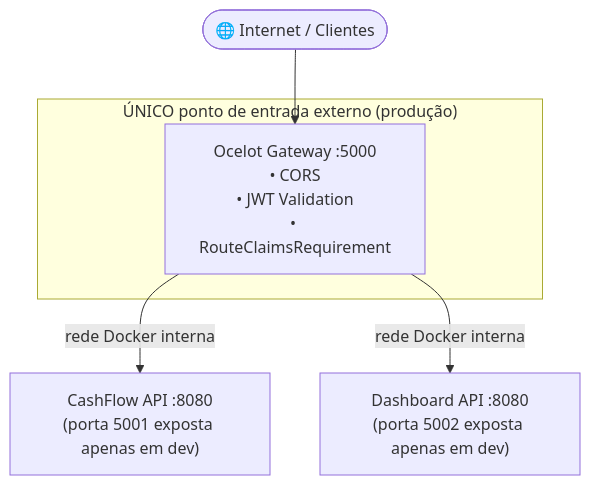
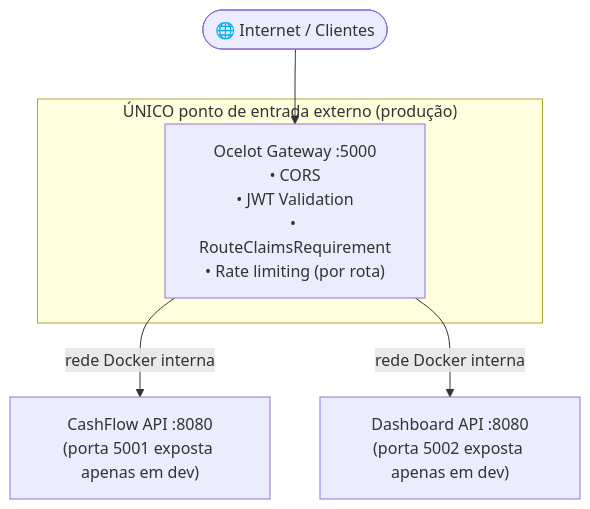
One commit to filipececcon/arch-challenge changed the diagram in docs/security/api-protection.md. Above: the diagram before and after it, drawn with Mermaid. The commit also changed other lines of this file and 38 other files, not shown here.

First line of the commit message:
Refactor Cashflow architecture docs for account aggregate and unified outbox

````diff
--- a/docs/security/api-protection.md
+++ b/docs/security/api-protection.md
@@ -7,12 +7,12 @@
 ```mermaid
 graph TD
     Internet(["🌐 Internet / Clientes"])
     Internet --> GW
 
     subgraph GW_ZONE["ÚNICO ponto de entrada externo (produção)"]
-        GW["Ocelot Gateway :5000<br/>• CORS<br/>• JWT Validation<br/>• RouteClaimsRequirement"]
+        GW["Ocelot Gateway :5000<br/>• CORS<br/>• JWT Validation<br/>• RouteClaimsRequirement<br/>• Rate limiting (por rota)"]
     end
 
     GW -->|"rede Docker interna"| CF["CashFlow API :8080<br/>(porta 5001 exposta apenas em dev)"]
     GW -->|"rede Docker interna"| DB["Dashboard API :8080<br/>(porta 5002 exposta apenas em dev)"]
 ```
````
